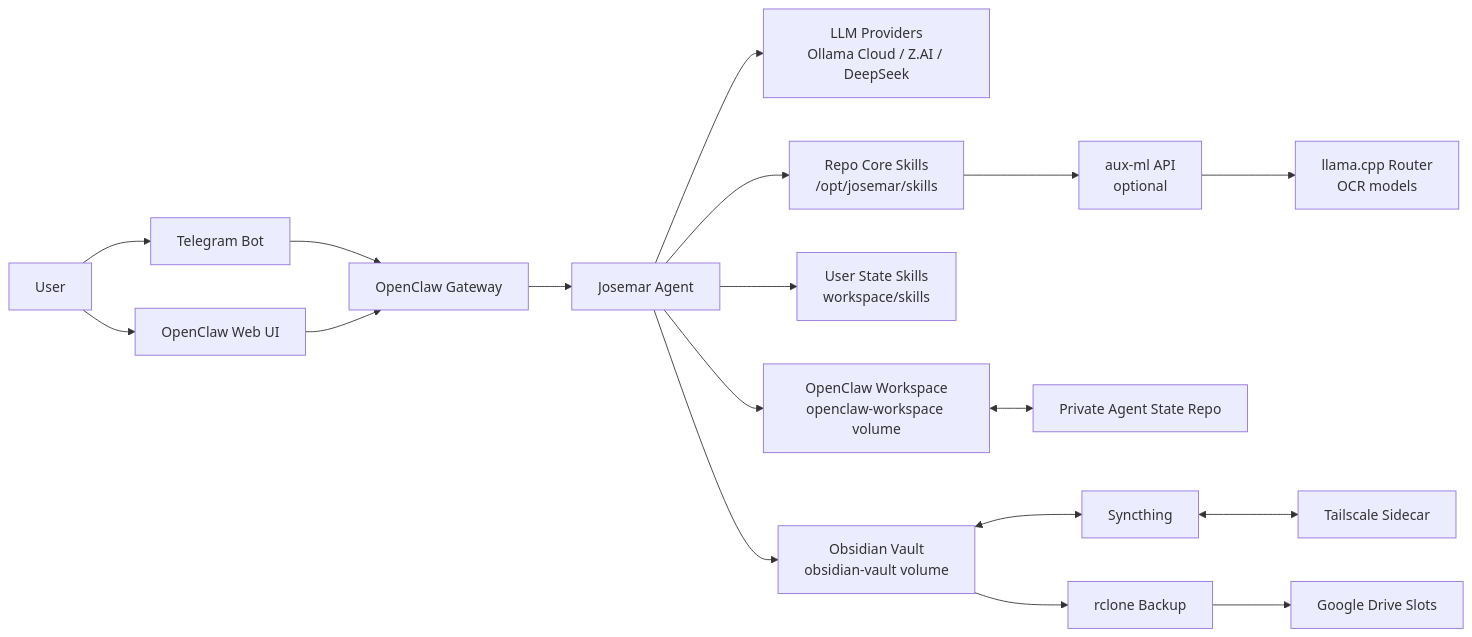
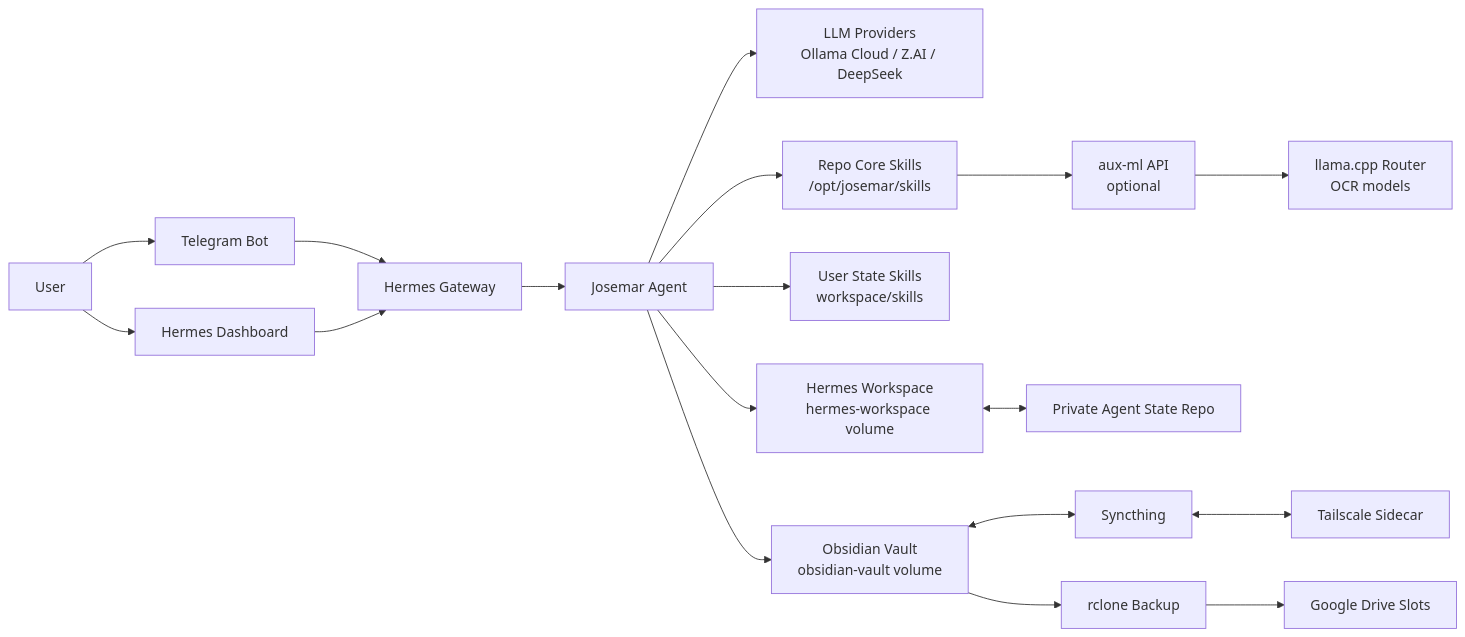
Before and after one commit to Pedrohgv/josemar-assistente: the first of 4 diagrams in README.md, drawn with Mermaid. The commit also changed other lines of this file and 6 other files, not shown here.

Commit message:
retire OpenClaw runtime and switch docs/workflows to Hermes

````diff
--- a/README.md
+++ b/README.md
@@ -23,24 +23,24 @@
 ```mermaid
 flowchart LR
   User[User] --> Telegram[Telegram Bot]
-  User --> WebUI[OpenClaw Web UI]
+  User --> Dashboard[Hermes Dashboard]
 
-  Telegram --> Gateway[OpenClaw Gateway]
-  WebUI --> Gateway
+  Telegram --> Gateway[Hermes Gateway]
+  Dashboard --> Gateway
 
   Gateway --> Agent[Josemar Agent]
   Agent --> Models[LLM Providers<br/>Ollama Cloud / Z.AI / DeepSeek]
   Agent --> CoreSkills[Repo Core Skills<br/>/opt/josemar/skills]
   Agent --> StateSkills[User State Skills<br/>workspace/skills]
   Agent --> Vault[Obsidian Vault<br/>obsidian-vault volume]
 
   CoreSkills --> AuxML[aux-ml API<br/>optional]
   AuxML --> Llama[llama.cpp Router<br/>OCR models]
 
-  Agent --> Workspace[OpenClaw Workspace<br/>openclaw-workspace volume]
+  Agent --> Workspace[Hermes Workspace<br/>hermes-workspace volume]
   Workspace <--> StateRepo[Private Agent State Repo]
   Vault <--> Syncthing[Syncthing]
   Syncthing <--> Tailscale[Tailscale Sidecar]
   Vault --> Backup[rclone Backup]
   Backup --> GDrive[Google Drive Slots]
 ```
````
